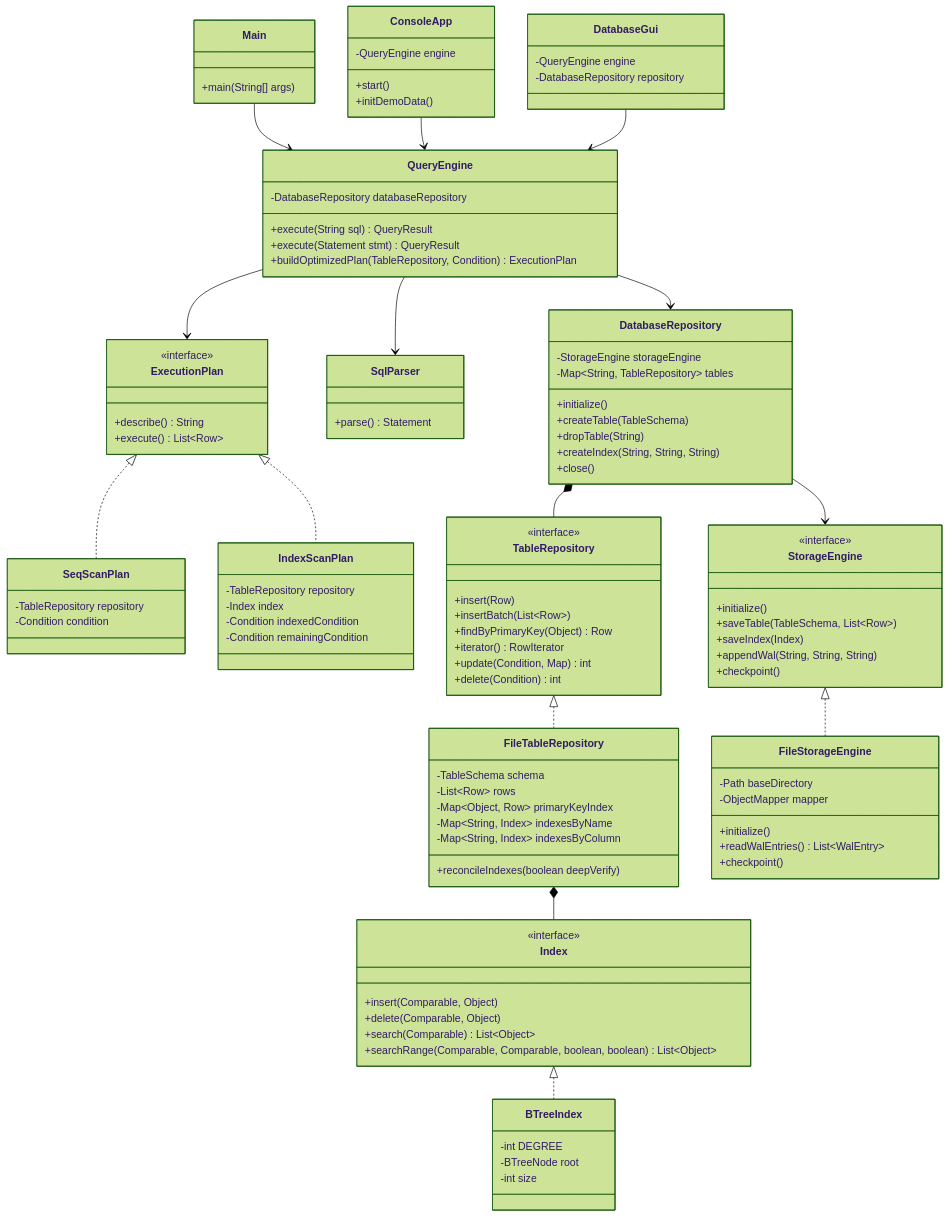
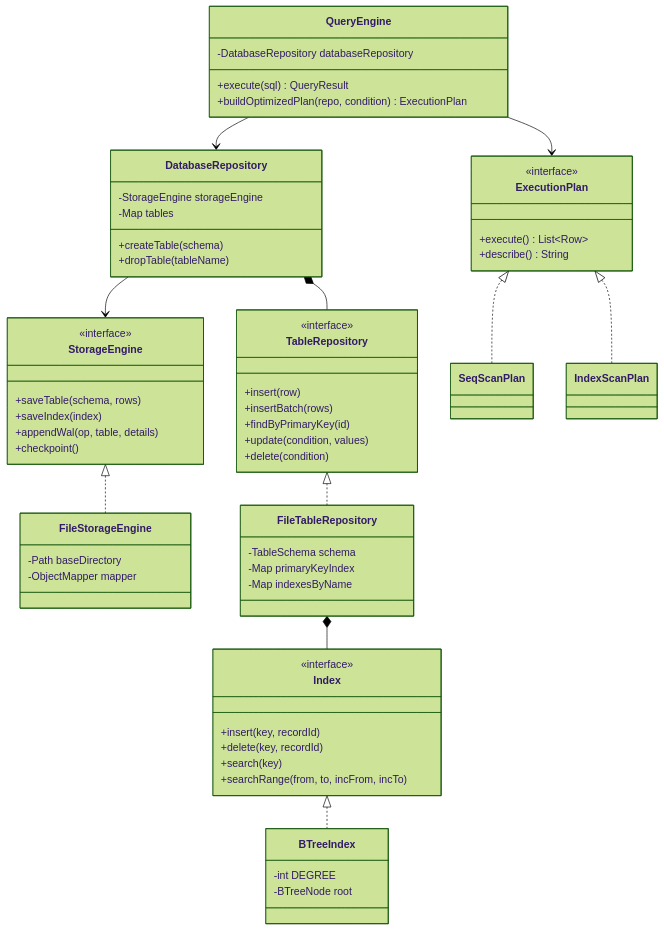
One commit to DanislonZombovich/java-lab2 changed the first of 2 diagrams in README.md. Above: the diagram before and after it, drawn with Mermaid (forest theme). The commit also changed other lines of this file and 43 other files, not shown here.

````diff
--- a/README.md
+++ b/README.md
@@ -49,107 +91,67 @@
 ```mermaid
 classDiagram
-    class Main {
-        +main(String[] args)
-    }
-    class ConsoleApp {
-        -QueryEngine engine
-        +start()
-        +initDemoData()
-    }
-    class DatabaseGui {
-        -QueryEngine engine
-        -DatabaseRepository repository
-    }
-    class QueryEngine {
-        -DatabaseRepository databaseRepository
-        +execute(String sql) QueryResult
-        +execute(Statement stmt) QueryResult
-        +buildOptimizedPlan(TableRepository, Condition) ExecutionPlan
-    }
-    class ExecutionPlan {
-        <<interface>>
-        +describe() String
-        +execute() List~Row~
-    }
-    class SeqScanPlan {
-        -TableRepository repository
-        -Condition condition
-    }
-    class IndexScanPlan {
-        -TableRepository repository
-        -Index index
-        -Condition indexedCondition
-        -Condition remainingCondition
-    }
-    class SqlParser {
-        +parse() Statement
-    }
-    class DatabaseRepository {
-        -StorageEngine storageEngine
-        -Map~String, TableRepository~ tables
-        +initialize()
-        +createTable(TableSchema)
-        +dropTable(String)
-        +createIndex(String, String, String)
-        +close()
-    }
-    class TableRepository {
-        <<interface>>
-        +insert(Row)
-        +insertBatch(List~Row~)
-        +findByPrimaryKey(Object) Row
-        +iterator() RowIterator
-        +update(Condition, Map) int
-        +delete(Condition) int
-    }
-    class FileTableRepository {
-        -TableSchema schema
-        -List~Row~ rows
-        -Map~Object, Row~ primaryKeyIndex
-        -Map~String, Index~ indexesByName
-        -Map~String, Index~ indexesByColumn
-        +reconcileIndexes(boolean deepVerify)
-    }
     class StorageEngine {
         <<interface>>
-        +initialize()
-        +saveTable(TableSchema, List~Row~)
-        +saveIndex(Index)
-        +appendWal(String, String, String)
+        +saveTable(schema, rows)
+        +saveIndex(index)
+        +appendWal(op, table, details)
         +checkpoint()
     }
     class FileStorageEngine {
         -Path baseDirectory
         -ObjectMapper mapper
-        +initialize()
-        +readWalEntries() List~WalEntry~
-        +checkpoint()
+    }
+    class TableRepository {
+        <<interface>>
+        +insert(row)
+        +insertBatch(rows)
+        +findByPrimaryKey(id)
+        +update(condition, values)
+        +delete(condition)
+    }
+    class FileTableRepository {
+        -TableSchema schema
+        -Map primaryKeyIndex
+        -Map indexesByName
+    }
+    class DatabaseRepository {
+        -StorageEngine storageEngine
+        -Map tables
+        +createTable(schema)
+        +dropTable(tableName)
     }
     class Index {
         <<interface>>
-        +insert(Comparable, Object)
-        +delete(Comparable, Object)
-        +search(Comparable) List~Object~
-        +searchRange(Comparable, Comparable, boolean, boolean) List~Object~
+        +insert(key, recordId)
+        +delete(key, recordId)
+        +search(key)
+        +searchRange(from, to, incFrom, incTo)
     }
     class BTreeIndex {
         -int DEGREE
         -BTreeNode root
-        -int size
     }
+    class QueryEngine {
+        -DatabaseRepository databaseRepository
+        +execute(sql) QueryResult
+        +buildOptimizedPlan(repo, condition) ExecutionPlan
+    }
+    class ExecutionPlan {
+        <<interface>>
+        +execute() List~Row~
+        +describe() String
+    }
+    class SeqScanPlan
+    class IndexScanPlan
 
-    Main --> QueryEngine
-    ConsoleApp --> QueryEngine
-    DatabaseGui --> QueryEngine
-    QueryEngine --> SqlParser
+    StorageEngine <|.. FileStorageEngine
+    TableRepository <|.. FileTableRepository
+    DatabaseRepository --> StorageEngine
+    DatabaseRepository *-- TableRepository
+    FileTableRepository *-- Index
+    Index <|.. BTreeIndex
     QueryEngine --> DatabaseRepository
     QueryEngine --> ExecutionPlan
     ExecutionPlan <|.. SeqScanPlan
     ExecutionPlan <|.. IndexScanPlan
-    DatabaseRepository *-- TableRepository
-    DatabaseRepository --> StorageEngine
-    StorageEngine <|.. FileStorageEngine
-    TableRepository <|.. FileTableRepository
-    FileTableRepository *-- Index
-    Index <|.. BTreeIndex
 ```
````
